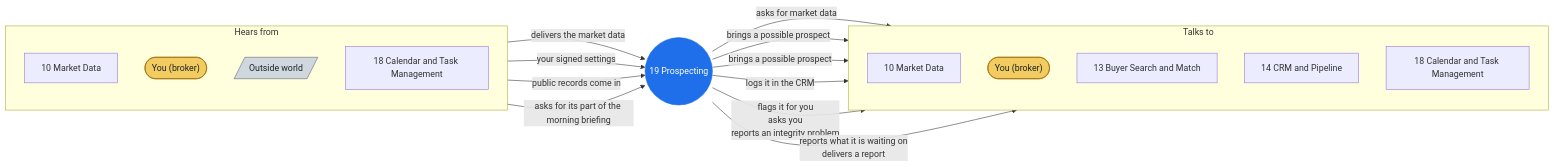
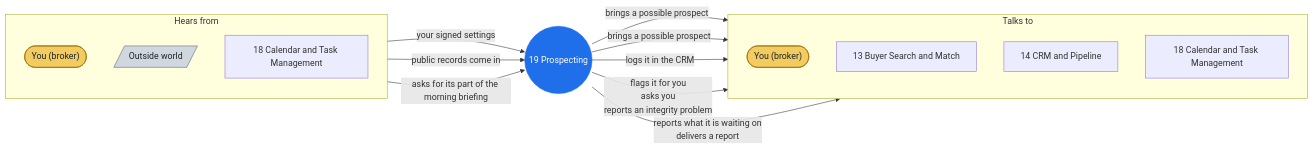
The diagram in 19-prospecting/README.md (QuietFireAI/listing-assistants), drawn with Mermaid before and after one commit. The commit also changed 110 other files, not shown here.

````diff
--- a/19-prospecting/README.md
+++ b/19-prospecting/README.md
@@ -11,36 +11,32 @@
 ```mermaid
 flowchart LR
     subgraph IN["Hears from"]
         direction TB
-        I10["10 Market Data"]
         IB(["You (broker)"])
         IX[/"Outside world"/]
         I18["18 Calendar and Task Management"]
     end
     A19(("19 Prospecting"))
     subgraph OUT["Talks to"]
         direction TB
-        O10["10 Market Data"]
         OB(["You (broker)"])
         O13["13 Buyer Search and Match"]
         O14["14 CRM and Pipeline"]
         OB(["You (broker)"])
         O18["18 Calendar and Task Management"]
     end
-    I10 -- "delivers the market data" --> A19
     IB -- "your signed settings" --> A19
     IX -- "public records come in" --> A19
     I18 -- "asks for its part of the morning briefing" --> A19
-    A19 -- "asks for market data" --> O10
     A19 -- "brings a possible prospect" --> OB
     A19 -- "brings a possible prospect" --> O13
     A19 -- "logs it in the CRM" --> O14
     A19 -- "flags it for you<br/>asks you<br/>reports an integrity problem" --> OB
     A19 -- "reports what it is waiting on<br/>delivers a report" --> O18
     classDef me fill:#1f6feb,stroke:#1f6feb,color:#ffffff
     classDef you fill:#f2cc60,stroke:#9a6700,color:#1f2328
     classDef out fill:#d0d7de,stroke:#57606a,color:#1f2328
     class A19 me
     class IB,OB,OB you
     class IX out
 ```
````
